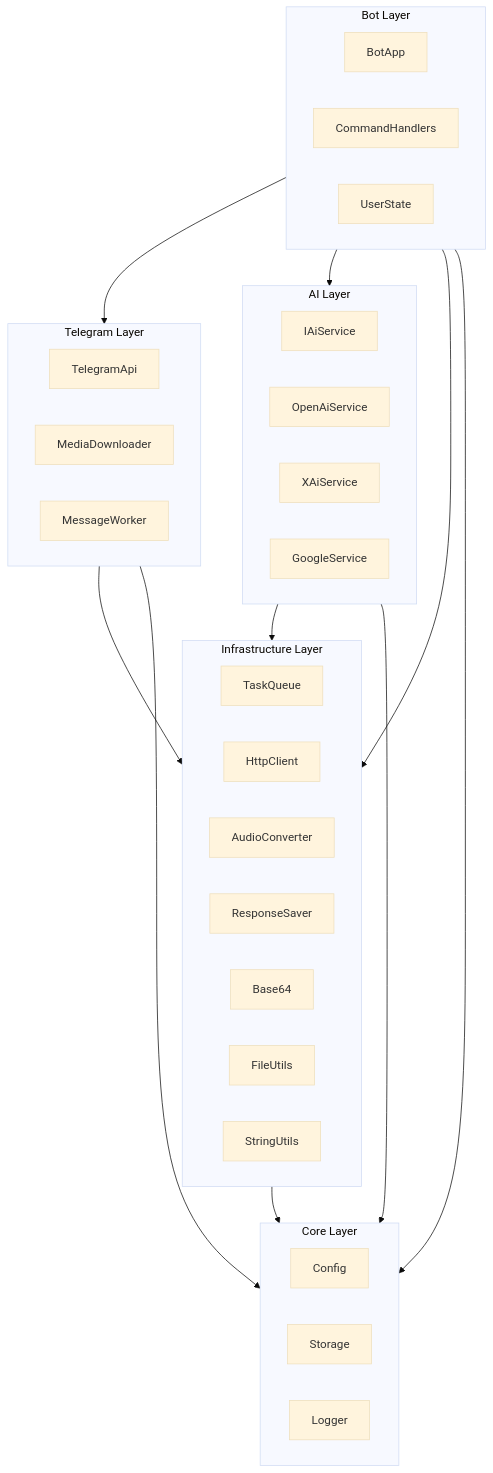
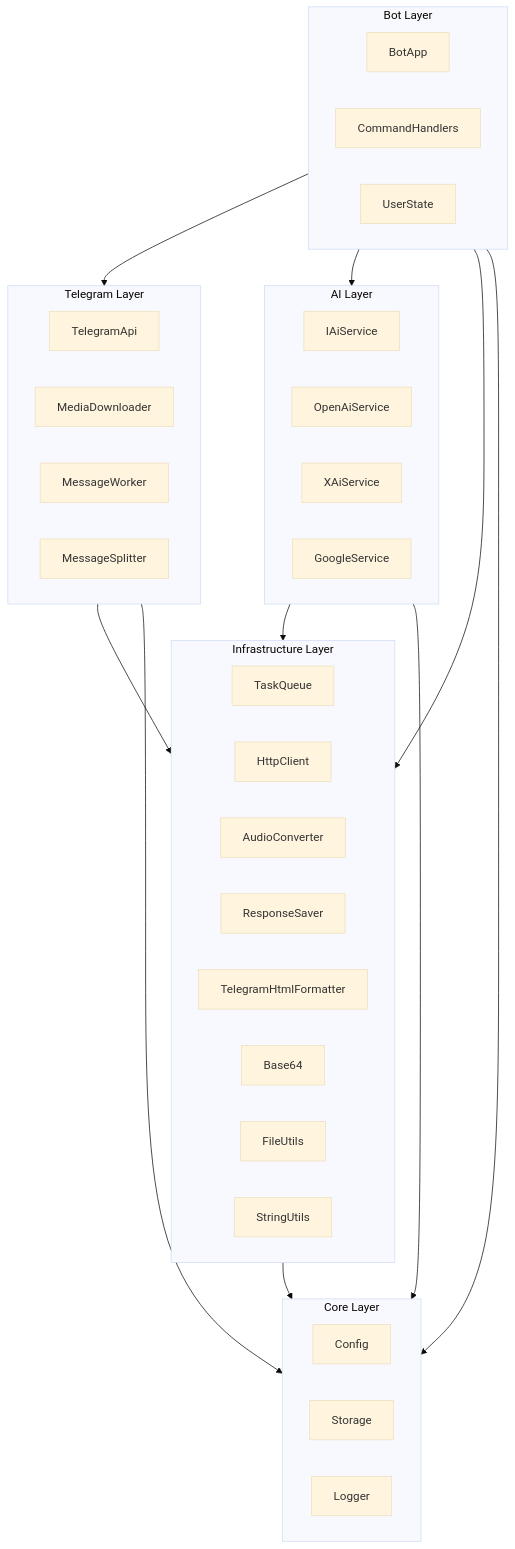
The first of 2 diagrams in docs/ARCHITECTURE.md (dersergioni/MyBuddyBot), drawn with Mermaid (base theme) before and after one commit. The commit also changed other lines of this file and 12 other files, not shown here.

````diff
--- a/docs/ARCHITECTURE.md
+++ b/docs/ARCHITECTURE.md
@@ -9,47 +9,49 @@
 ```mermaid
 graph TD
     subgraph Bot["Bot Layer"]
         BotApp
         CommandHandlers
         UserState
     end
 
     subgraph Telegram["Telegram Layer"]
         TelegramApi
         MediaDownloader
         MessageWorker
+        MessageSplitter
     end
 
     subgraph AI["AI Layer"]
         IAiService
         OpenAiService
         XAiService
         GoogleService
     end
 
     subgraph Infra["Infrastructure Layer"]
         TaskQueue
         HttpClient
         AudioConverter
         ResponseSaver
+        TelegramHtmlFormatter
         Base64
         FileUtils
         StringUtils
     end
 
     subgraph Core["Core Layer"]
         Config
         Storage
         Logger
     end
 
     Bot --> Telegram
     Bot --> AI
     Bot --> Infra
     Bot --> Core
     Telegram --> Infra
     Telegram --> Core
     AI --> Infra
     AI --> Core
     Infra --> Core
 ```
````
